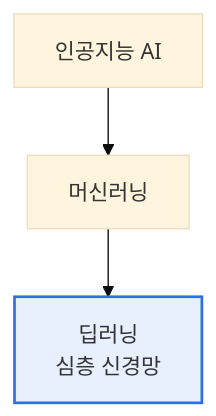
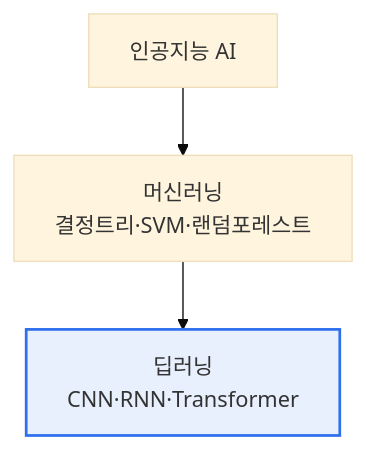
One commit to coninggu/wjdqhrhksflrltnftk changed the diagram in content/ml-vs-dl.md. Above: the diagram before and after it, drawn with Mermaid (base theme). The commit also changed other lines of this file and 4 other files, not shown here.

````diff
--- a/content/ml-vs-dl.md
+++ b/content/ml-vs-dl.md
@@ -12,6 +15,6 @@
 ```mermaid
 flowchart TB
-  AI[인공지능 AI] --> ML[머신러닝]
-  ML --> DL[딥러닝<br/>심층 신경망]
+  AI[인공지능 AI] --> ML[머신러닝<br/>결정트리·SVM·랜덤포레스트]
+  ML --> DL[딥러닝<br/>CNN·RNN·Transformer]
   style DL fill:#e8f0fe,stroke:#2f6fed,stroke-width:2px
 ```
````
